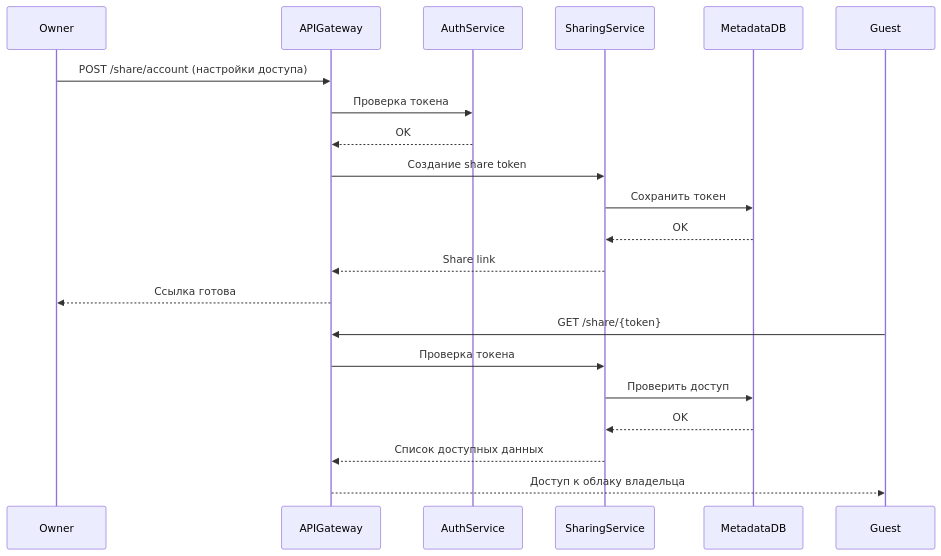
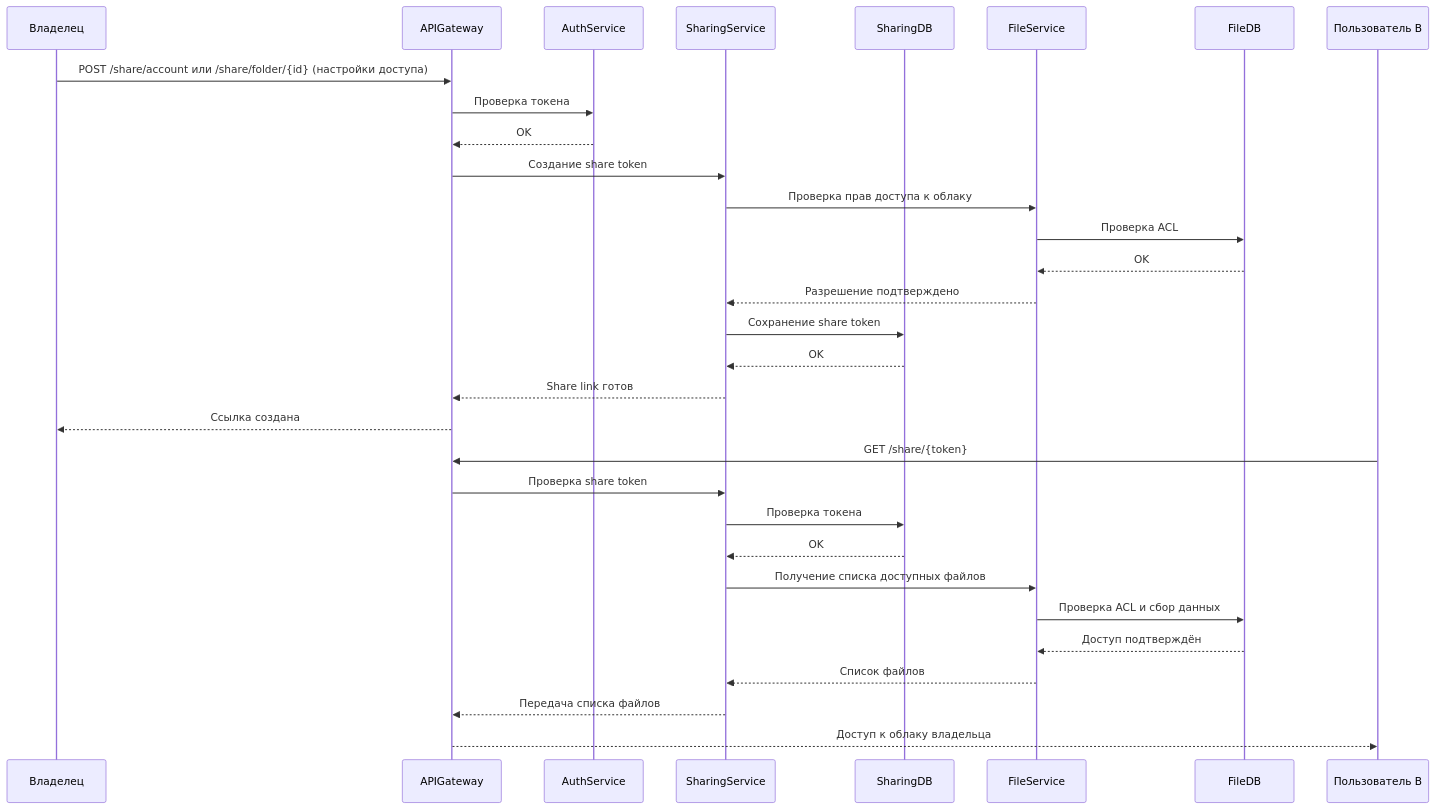
The seventh of 7 diagrams in docs/tr.md (spbu-ds-practicum-2025/vanya-and-co), drawn with Mermaid before and after one commit. The commit also changed other lines of this file, not shown here.

````diff
--- a/docs/tr.md
+++ b/docs/tr.md
@@ -308,25 +313,36 @@
 ```mermaid
 sequenceDiagram
-  participant Owner
+  participant Owner as Владелец
   participant APIGateway
   participant AuthService
   participant SharingService
-  participant MetadataDB
-  participant Guest
+  participant SharingDB
+  participant FileService
+  participant FileDB
+  participant Guest as Пользователь B
 
-  Owner->>APIGateway: POST /share/account (настройки доступа)
+  Owner->>APIGateway: POST /share/account или /share/folder/{id} (настройки доступа)
   APIGateway->>AuthService: Проверка токена
   AuthService-->>APIGateway: OK
   APIGateway->>SharingService: Создание share token
-  SharingService->>MetadataDB: Сохранить токен
-  MetadataDB-->>SharingService: OK
-  SharingService-->>APIGateway: Share link
-  APIGateway-->>Owner: Ссылка готова
+  SharingService->>FileService: Проверка прав доступа к облаку
+  FileService->>FileDB: Проверка ACL
+  FileDB-->>FileService: OK
+  FileService-->>SharingService: Разрешение подтверждено
+  SharingService->>SharingDB: Сохранение share token
+  SharingDB-->>SharingService: OK
+  SharingService-->>APIGateway: Share link готов
+  APIGateway-->>Owner: Ссылка создана
 
   Guest->>APIGateway: GET /share/{token}
-  APIGateway->>SharingService: Проверка токена
-  SharingService->>MetadataDB: Проверить доступ
-  MetadataDB-->>SharingService: OK
-  SharingService-->>APIGateway: Список доступных данных
+  APIGateway->>SharingService: Проверка share token
+  SharingService->>SharingDB: Проверка токена
+  SharingDB-->>SharingService: OK
+  SharingService->>FileService: Получение списка доступных файлов
+  FileService->>FileDB: Проверка ACL и сбор данных
+  FileDB-->>FileService: Доступ подтверждён
+  FileService-->>SharingService: Список файлов
+  SharingService-->>APIGateway: Передача списка файлов
   APIGateway-->>Guest: Доступ к облаку владельца
+
 ```
````
